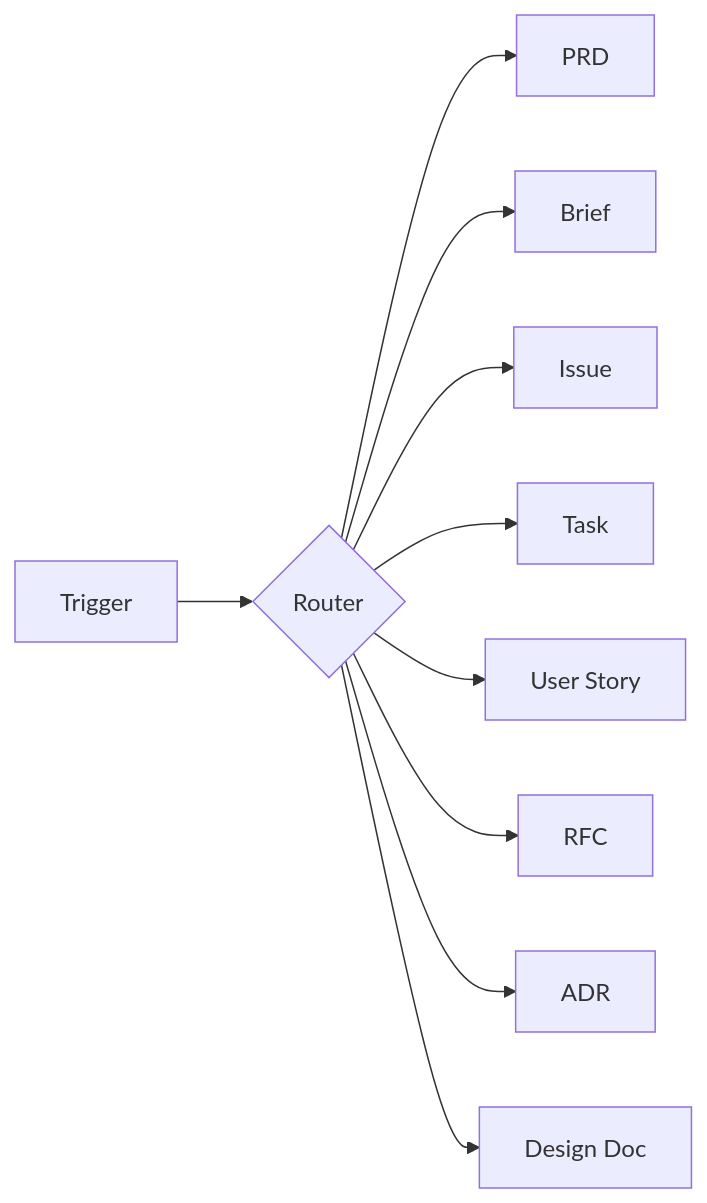
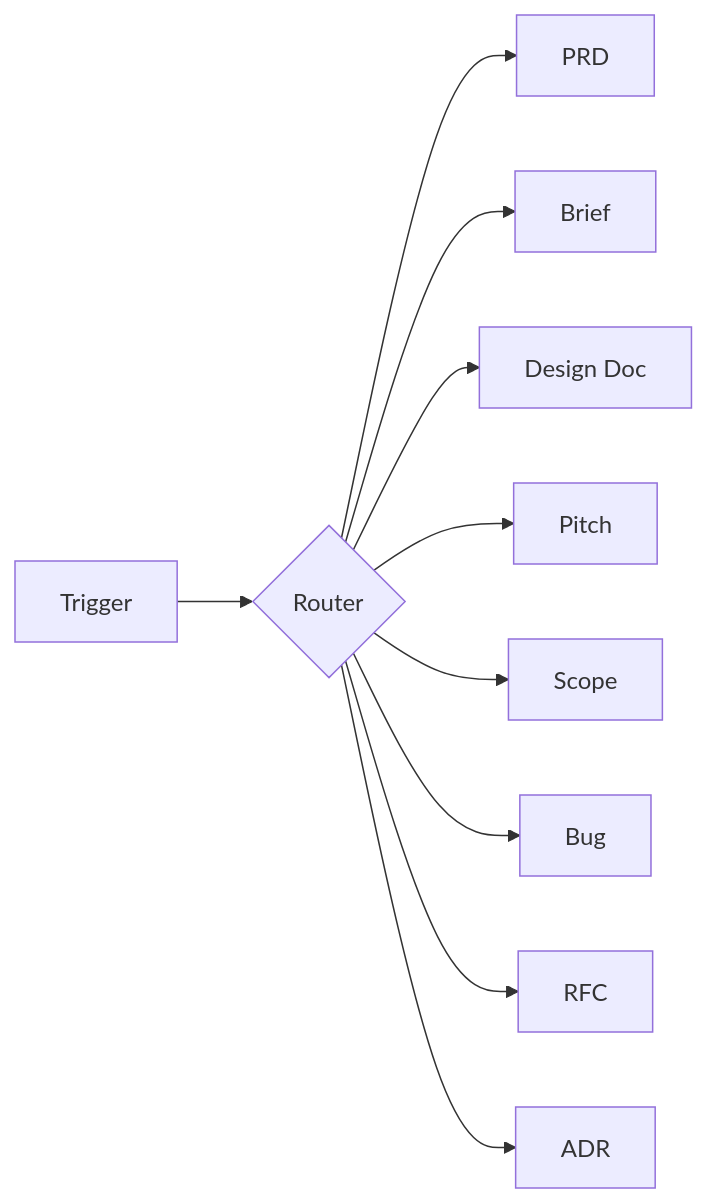
The diagram in skills/(product)/docs-writer/README.md (adeonir/agent-skills), drawn with Mermaid before and after one commit. The commit also changed other lines of this file and 23 other files, not shown here.

````diff
--- a/skills/(product)/docs-writer/README.md
+++ b/skills/(product)/docs-writer/README.md
@@ -15,12 +15,12 @@
 ```mermaid
 flowchart LR
     T[Trigger] --> R{Router}
     R --> PRD[PRD]
     R --> B[Brief]
-    R --> I[Issue]
-    R --> TK[Task]
-    R --> US[User Story]
+    R --> DD[Design Doc]
+    R --> P[Pitch]
+    R --> S[Scope]
+    R --> BG[Bug]
     R --> RFC[RFC]
     R --> ADR[ADR]
-    R --> DD[Design Doc]
 ```
````
